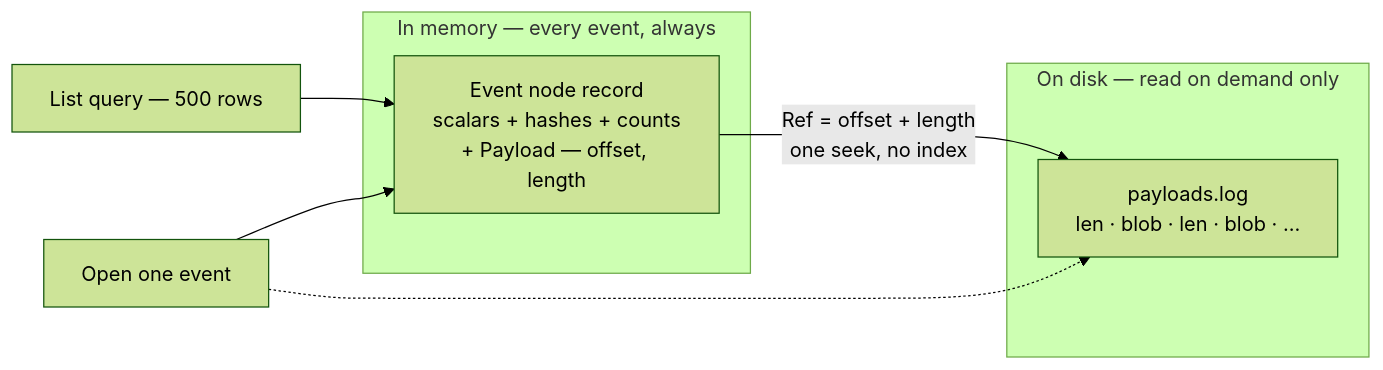
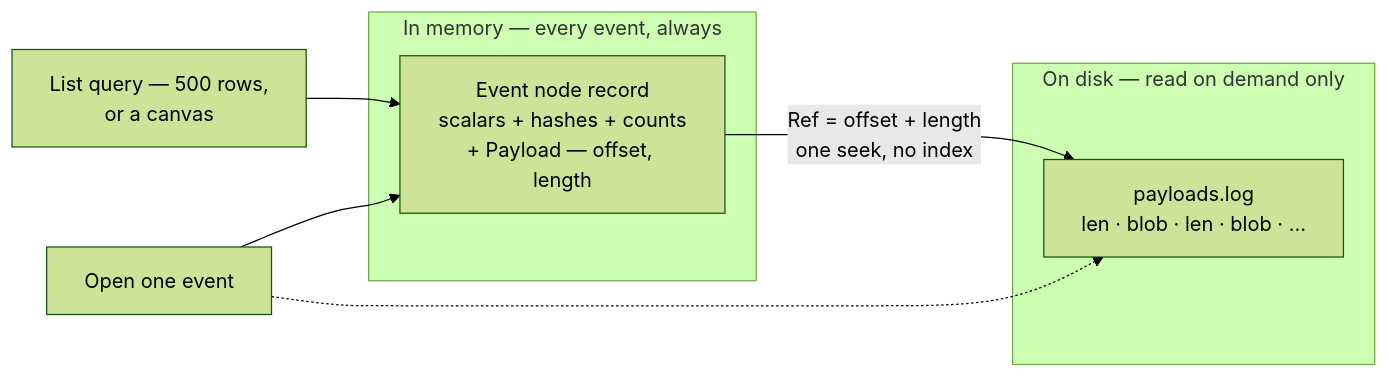
One commit to aoiflux/rohy changed the sixth of 22 diagrams in LLD.md. Above: the diagram before and after it, drawn with Mermaid (forest theme). The commit also changed other lines of this file and 64 other files, not shown here.

````diff
--- a/LLD.md
+++ b/LLD.md
@@ -517,14 +517,14 @@
 ```mermaid
 flowchart LR
     subgraph mem["In memory — every event, always"]
         node["Event node record<br/>scalars + hashes + counts<br/>+ Payload — offset, length"]
     end
     subgraph disk["On disk — read on demand only"]
         log["payloads.log<br/>len · blob · len · blob · …"]
     end
     node -->|"Ref = offset + length<br/>one seek, no index"| log
 
-    q1["List query — 500 rows"] --> node
+    q1["List query — 500 rows,<br/>or a canvas"] --> node
     q2["Open one event"] --> node
     q2 -.-> log
 ```
````
